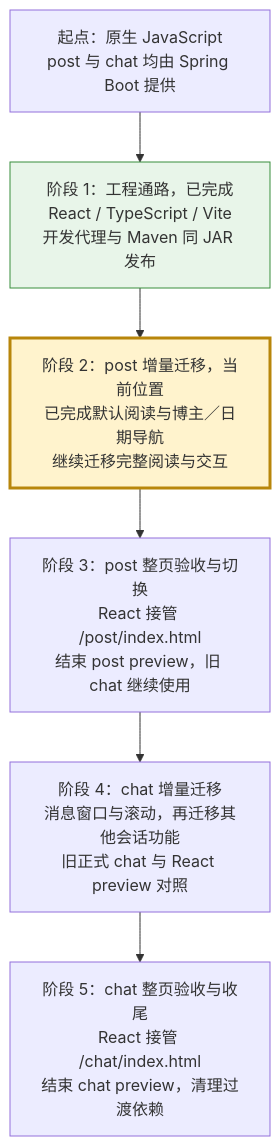
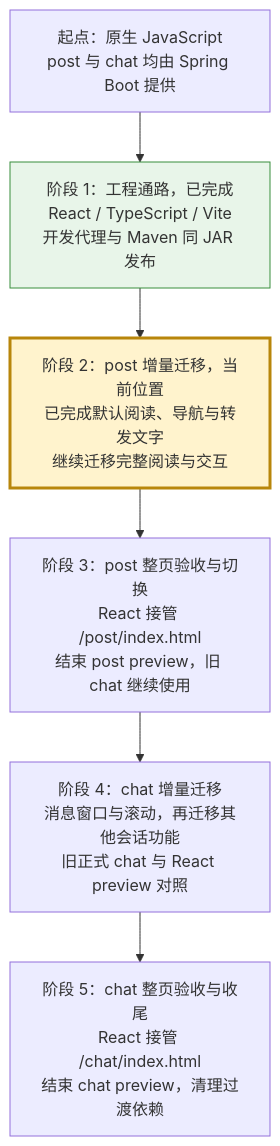
One commit to findxyz/vb-weibo-plus changed the diagram in .scratch/react-migration/PLAN.md. Above: the diagram before and after it, drawn with Mermaid. The commit also changed other lines of this file and 3 other files, not shown here.

Commit message:
docs: record safe retweet reading acceptance and roadmap progress

````diff
--- a/.scratch/react-migration/PLAN.md
+++ b/.scratch/react-migration/PLAN.md
@@ -11,14 +11,14 @@
 ```mermaid
 flowchart TD
     A["起点：原生 JavaScript<br/>post 与 chat 均由 Spring Boot 提供"]
     B["阶段 1：工程通路，已完成<br/>React / TypeScript / Vite<br/>开发代理与 Maven 同 JAR 发布"]
-    C["阶段 2：post 增量迁移，当前位置<br/>已完成默认阅读与博主／日期导航<br/>继续迁移完整阅读与交互"]
+    C["阶段 2：post 增量迁移，当前位置<br/>已完成默认阅读、导航与转发文字<br/>继续迁移完整阅读与交互"]
     D["阶段 3：post 整页验收与切换<br/>React 接管 /post/index.html<br/>结束 post preview，旧 chat 继续使用"]
     E["阶段 4：chat 增量迁移<br/>消息窗口与滚动，再迁移其他会话功能<br/>旧正式 chat 与 React preview 对照"]
     F["阶段 5：chat 整页验收与收尾<br/>React 接管 /chat/index.html<br/>结束 chat preview，清理过渡依赖"]
     A --> B --> C --> D --> E --> F
     classDef complete fill:#e8f5e9,stroke:#388e3c
     classDef current fill:#fff3cd,stroke:#b8860b,stroke-width:3px
     class B complete
     class C current
 ```
````
